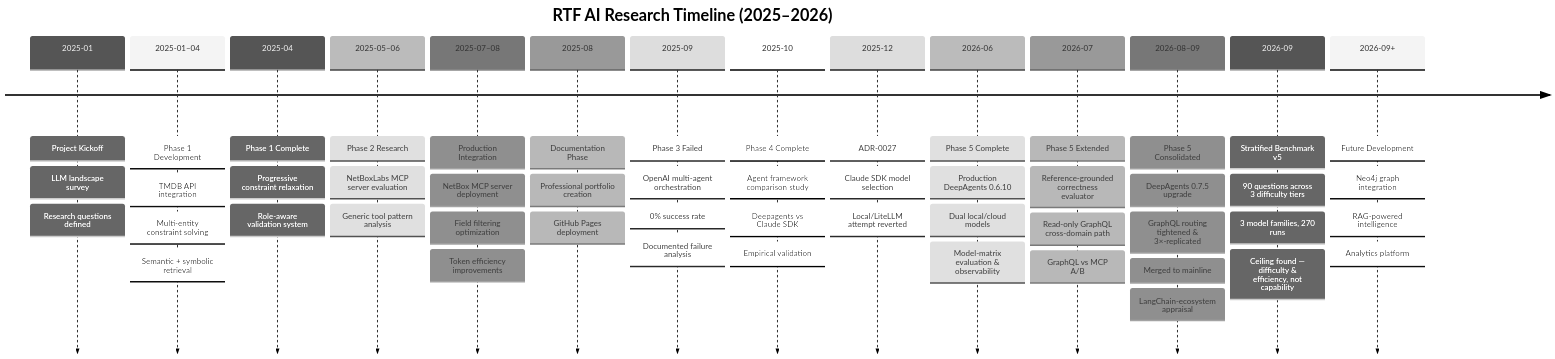
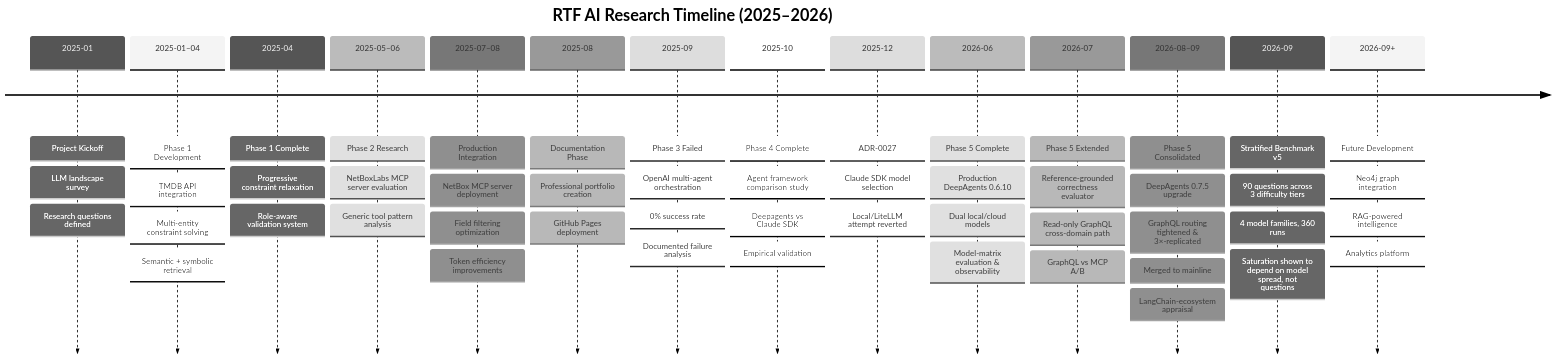
The first of 2 diagrams in docs/index.md (FinnMacCumail/rtf-research), drawn with Mermaid (neutral theme) before and after one commit. The commit also changed other lines of this file and 6 other files, not shown here.

````diff
--- a/docs/index.md
+++ b/docs/index.md
@@ -35,18 +35,18 @@
 ```mermaid
 timeline
     title RTF AI Research Timeline (2025–2026)
     2025-01 : Project Kickoff : LLM landscape survey : Research questions defined
     2025-01–04 : Phase 1 Development : TMDB API integration : Multi-entity constraint solving : Semantic + symbolic retrieval
     2025-04 : Phase 1 Complete : Progressive constraint relaxation : Role-aware validation system
     2025-05–06 : Phase 2 Research : NetBoxLabs MCP server evaluation : Generic tool pattern analysis
     2025-07–08 : Production Integration : NetBox MCP server deployment : Field filtering optimization : Token efficiency improvements
     2025-08 : Documentation Phase : Professional portfolio creation : GitHub Pages deployment
     2025-09 : Phase 3 Failed : OpenAI multi-agent orchestration : 0% success rate : Documented failure analysis
     2025-10 : Phase 4 Complete : Agent framework comparison study : Deepagents vs Claude SDK : Empirical validation
     2025-12 : ADR-0027 : Claude SDK model selection : Local/LiteLLM attempt reverted
     2026-06 : Phase 5 Complete : Production DeepAgents 0.6.10 : Dual local/cloud models : Model-matrix evaluation & observability
     2026-07 : Phase 5 Extended : Reference-grounded correctness evaluator : Read-only GraphQL cross-domain path : GraphQL vs MCP A/B
     2026-08–09 : Phase 5 Consolidated : DeepAgents 0.7.5 upgrade : GraphQL routing tightened & 3×-replicated : Merged to mainline : LangChain-ecosystem appraisal
-    2026-09 : Stratified Benchmark v5 : 90 questions across 3 difficulty tiers : 3 model families, 270 runs : Ceiling found — difficulty & efficiency, not capability
+    2026-09 : Stratified Benchmark v5 : 90 questions across 3 difficulty tiers : 4 model families, 360 runs : Saturation shown to depend on model spread, not questions
     2026-09+ : Future Development : Neo4j graph integration : RAG-powered intelligence : Analytics platform
 ```
````
